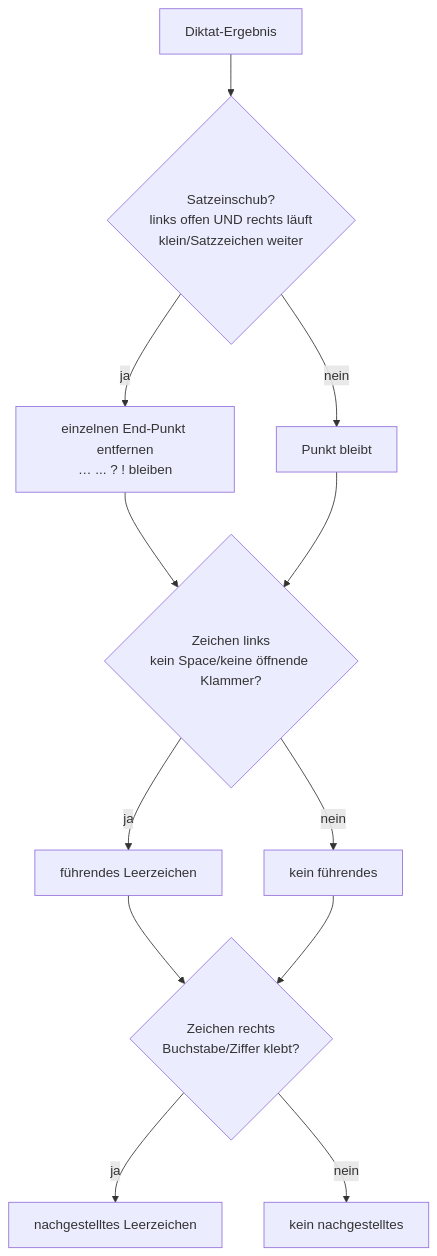
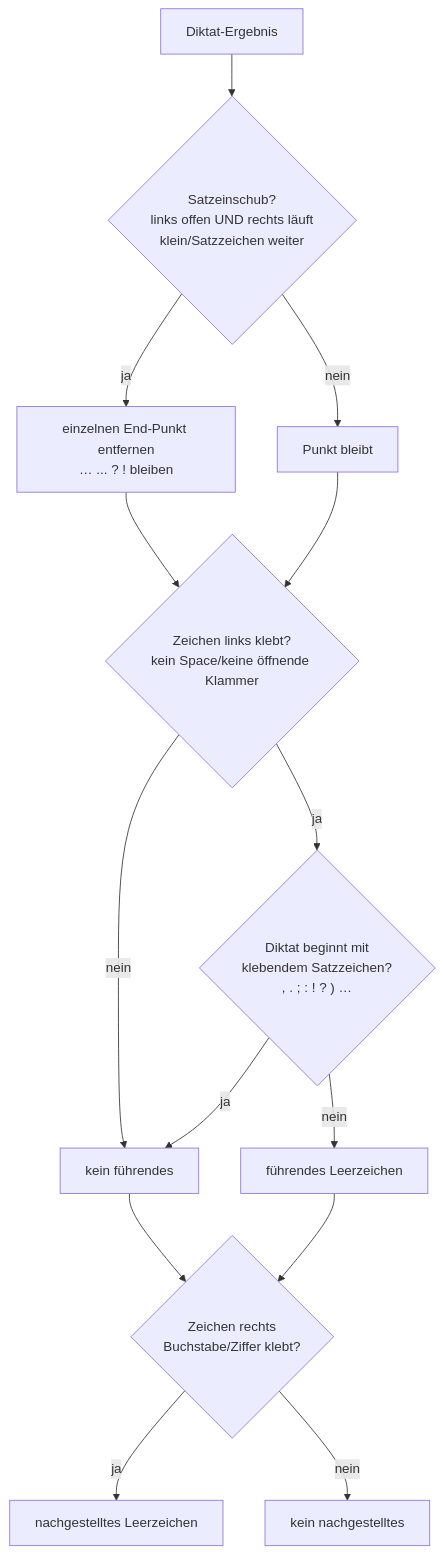
One commit to florianpohl666/blitzbrief changed the sixth of 6 diagrams in docs/technische-doku.md. Above: the diagram before and after it, drawn with Mermaid. The commit also changed other lines of this file and 23 other files, not shown here.

````diff
--- a/docs/technische-doku.md
+++ b/docs/technische-doku.md
@@ -249,14 +251,16 @@
 ```mermaid
 flowchart TD
     A[Diktat-Ergebnis] --> B{Satzeinschub?<br/>links offen UND rechts läuft<br/>klein/Satzzeichen weiter}
     B -->|ja| C[einzelnen End-Punkt entfernen<br/>… ... ? ! bleiben]
     B -->|nein| D[Punkt bleibt]
-    C --> E{Zeichen links<br/>kein Space/keine öffnende Klammer?}
+    C --> E{"Zeichen links klebt?<br/>kein Space/keine öffnende Klammer"}
     D --> E
-    E -->|ja| F[führendes Leerzeichen]
     E -->|nein| G[kein führendes]
-    F --> H{Zeichen rechts<br/>Buchstabe/Ziffer klebt?}
+    E -->|ja| E2{"Diktat beginnt mit<br/>klebendem Satzzeichen?<br/>, . ; : ! ? ) …"}
+    E2 -->|ja| G
+    E2 -->|nein| F[führendes Leerzeichen]
+    F --> H{"Zeichen rechts<br/>Buchstabe/Ziffer klebt?"}
     G --> H
     H -->|ja| I[nachgestelltes Leerzeichen]
     H -->|nein| J[kein nachgestelltes]
 ```
````
